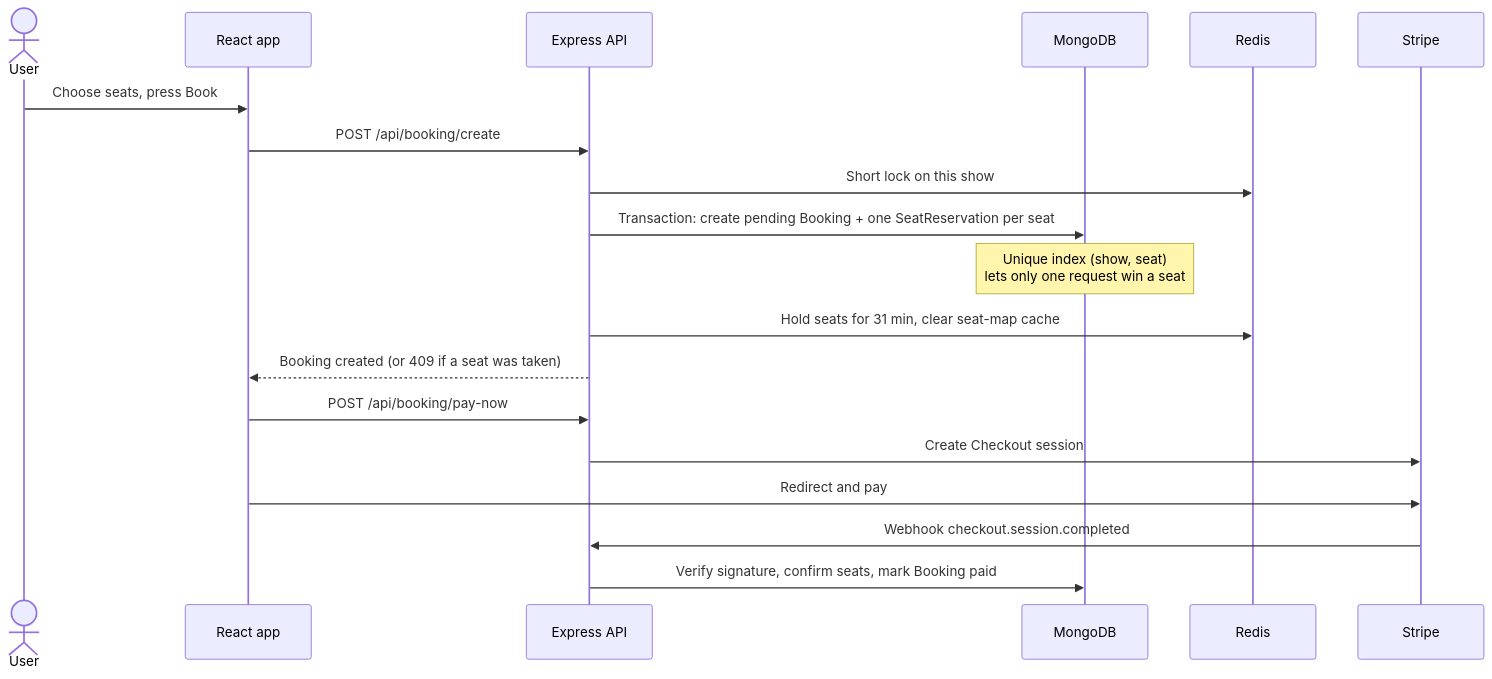
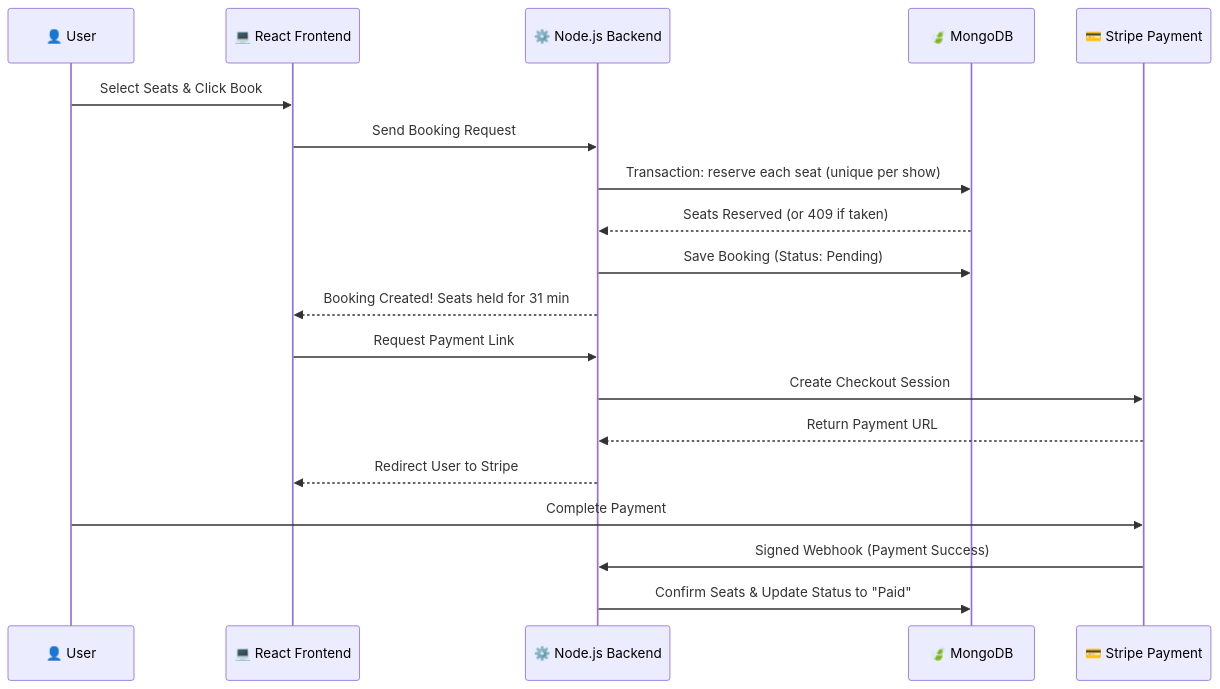
The diagram in README.md (HoangDuc1003/Cinema-booking), drawn with Mermaid before and after one commit. The commit also changed other lines of this file and 6 other files, not shown here.

````diff
--- a/README.md
+++ b/README.md
@@ -101,22 +98,22 @@
 ```mermaid
 sequenceDiagram
-    actor User
-    participant Client as React app
-    participant API as Express API
-    participant DB as MongoDB
-    participant Redis
-    participant Stripe
+    participant User as 👤 User
+    participant Frontend as 💻 React Frontend
+    participant Backend as ⚙️ Node.js Backend
+    participant DB as 🍃 MongoDB
+    participant Stripe as 💳 Stripe Payment
 
-    User->>Client: Choose seats, press Book
-    Client->>API: POST /api/booking/create
-    API->>Redis: Short lock on this show
-    API->>DB: Transaction: create pending Booking + one SeatReservation per seat
-    Note over DB: Unique index (show, seat)<br/>lets only one request win a seat
-    API->>Redis: Hold seats for 31 min, clear seat-map cache
-    API-->>Client: Booking created (or 409 if a seat was taken)
-    Client->>API: POST /api/booking/pay-now
-    API->>Stripe: Create Checkout session
-    Client->>Stripe: Redirect and pay
-    Stripe->>API: Webhook checkout.session.completed
-    API->>DB: Verify signature, confirm seats, mark Booking paid
+    User->>Frontend: Select Seats & Click Book
+    Frontend->>Backend: Send Booking Request
+    Backend->>DB: Transaction: reserve each seat (unique per show)
+    DB-->>Backend: Seats Reserved (or 409 if taken)
+    Backend->>DB: Save Booking (Status: Pending)
+    Backend-->>Frontend: Booking Created! Seats held for 31 min
+    Frontend->>Backend: Request Payment Link
+    Backend->>Stripe: Create Checkout Session
+    Stripe-->>Backend: Return Payment URL
+    Backend-->>Frontend: Redirect User to Stripe
+    User->>Stripe: Complete Payment
+    Stripe->>Backend: Signed Webhook (Payment Success)
+    Backend->>DB: Confirm Seats & Update Status to "Paid"
 ```
````
